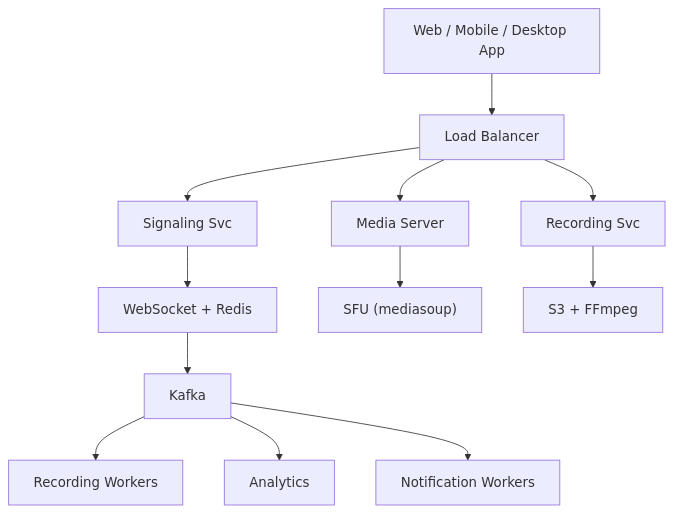
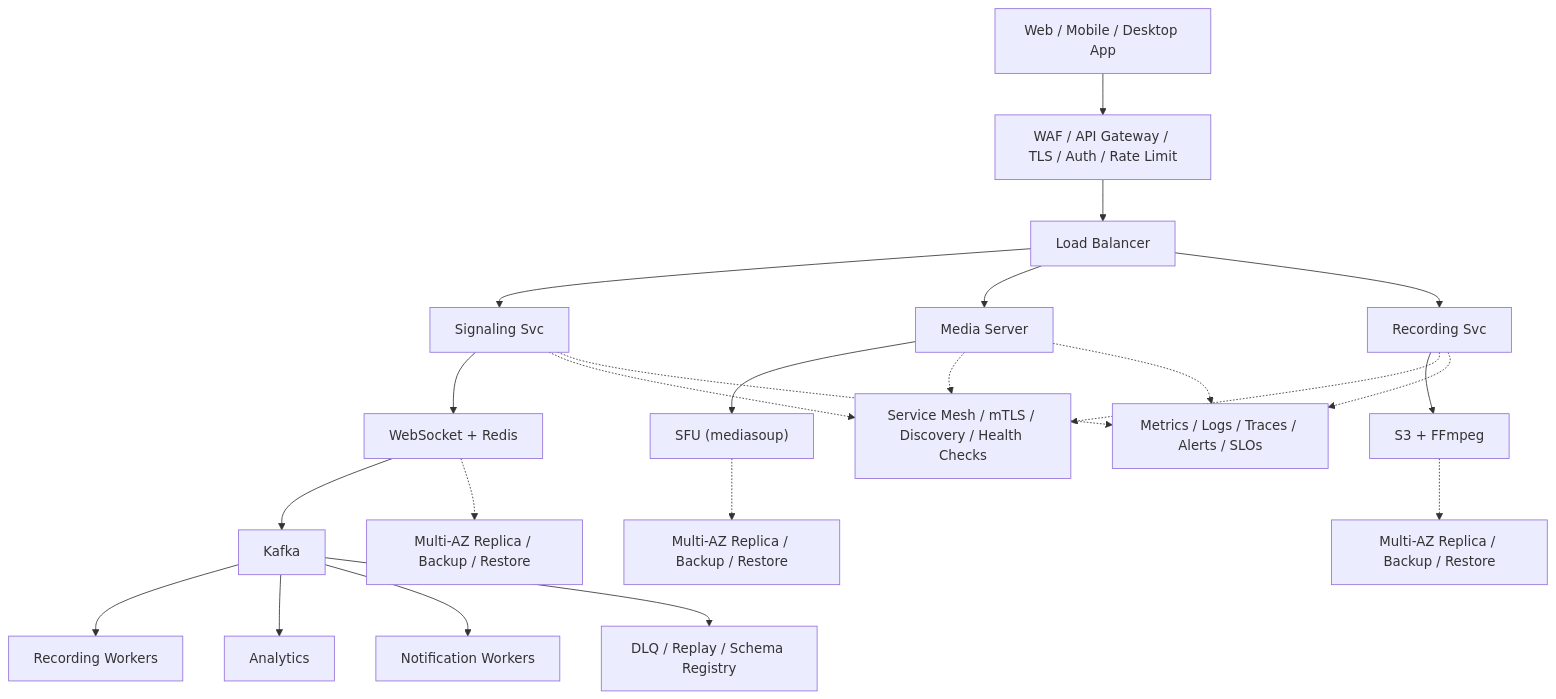
The diagram in system-design-video-conferencing.md (aishwary11/system-design), drawn with Mermaid before and after one commit. The commit also changed 31 other files, not shown here.

Commit message:
Add production-grade architecture details

````diff
--- a/system-design-video-conferencing.md
+++ b/system-design-video-conferencing.md
@@ -44,14 +44,25 @@
 ```mermaid
 flowchart TB
-    clients["Web / Mobile / Desktop App"] --> lb["Load Balancer"]
+    clients["Web / Mobile / Desktop App"] --> edge["WAF / API Gateway / TLS / Auth / Rate Limit"]
+    edge --> lb["Load Balancer"]
     lb --> svc0["Signaling Svc"]
     lb --> svc1["Media Server"]
     lb --> svc2["Recording Svc"]
     svc0 --> store0["WebSocket + Redis"]
     svc1 --> store1["SFU (mediasoup)"]
     svc2 --> store2["S3 + FFmpeg"]
     store0 --> stream["Kafka"]
     stream --> worker0["Recording Workers"]
     stream --> worker1["Analytics"]
     stream --> worker2["Notification Workers"]
+    svc0 -.-> platform["Service Mesh / mTLS / Discovery / Health Checks"]
+    svc1 -.-> platform
+    svc2 -.-> platform
+    store0 -.-> backup0["Multi-AZ Replica / Backup / Restore"]
+    store1 -.-> backup1["Multi-AZ Replica / Backup / Restore"]
+    store2 -.-> backup2["Multi-AZ Replica / Backup / Restore"]
+    stream --> dlq["DLQ / Replay / Schema Registry"]
+    svc0 -.-> ops["Metrics / Logs / Traces / Alerts / SLOs"]
+    svc1 -.-> ops
+    svc2 -.-> ops
 ```
````
